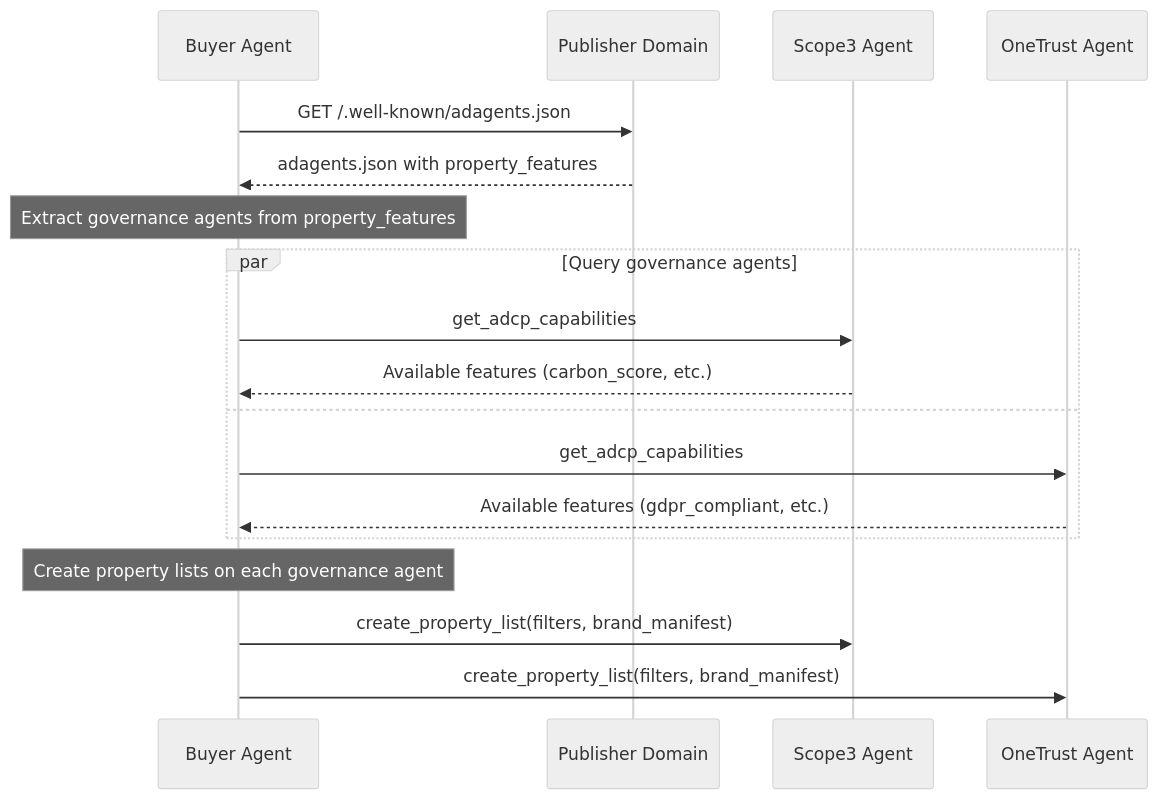
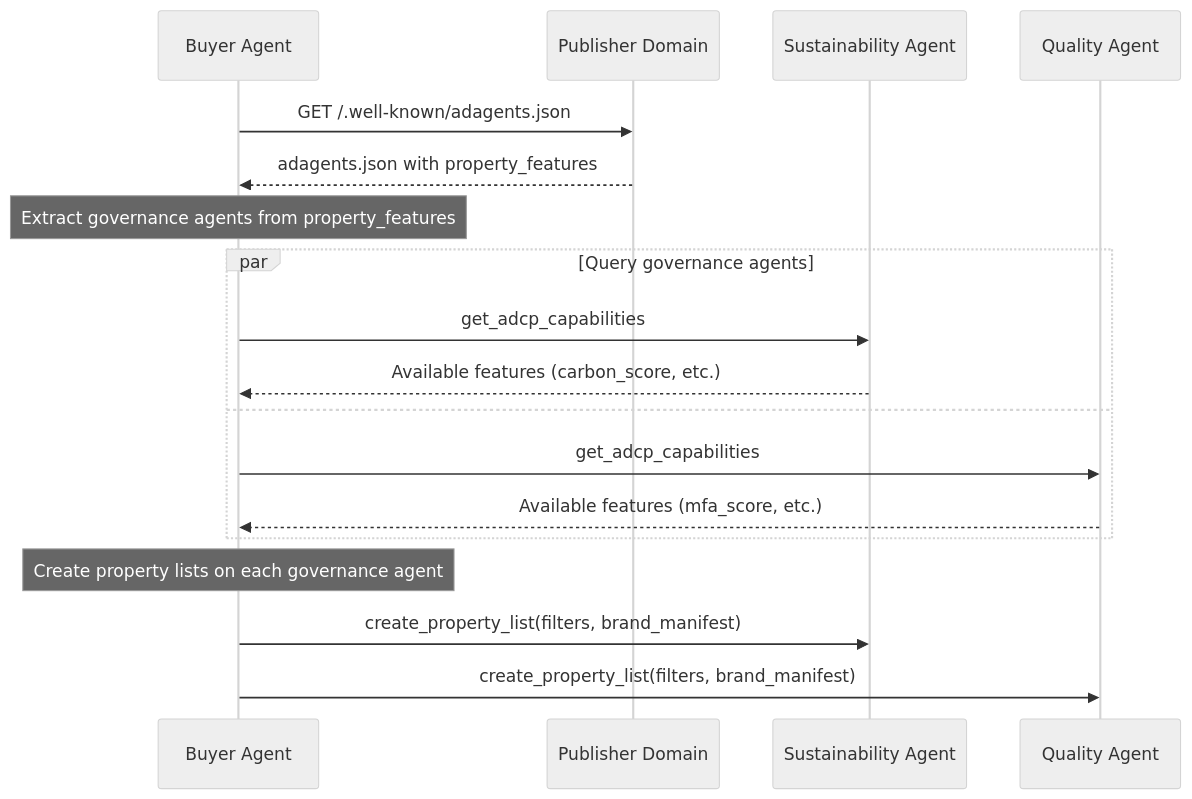
One commit to adcontextprotocol/adcp changed the diagram in docs/governance/property/adagents.mdx. Above: the diagram before and after it, drawn with Mermaid (neutral theme). The commit also changed other lines of this file and 21 other files, not shown here.

````diff
--- a/docs/governance/property/adagents.mdx
+++ b/docs/governance/property/adagents.mdx
@@ -545,25 +545,25 @@
 ```mermaid
 sequenceDiagram
     participant Buyer as Buyer Agent
     participant PubDomain as Publisher Domain
-    participant Scope3 as Scope3 Agent
-    participant OneTrust as OneTrust Agent
+    participant SustAgent as Sustainability Agent
+    participant QualAgent as Quality Agent
 
     Buyer->>PubDomain: GET /.well-known/adagents.json
     PubDomain-->>Buyer: adagents.json with property_features
 
     Note over Buyer: Extract governance agents from property_features
 
     par Query governance agents
-        Buyer->>Scope3: get_adcp_capabilities
-        Scope3-->>Buyer: Available features (carbon_score, etc.)
+        Buyer->>SustAgent: get_adcp_capabilities
+        SustAgent-->>Buyer: Available features (carbon_score, etc.)
     and
-        Buyer->>OneTrust: get_adcp_capabilities
-        OneTrust-->>Buyer: Available features (gdpr_compliant, etc.)
+        Buyer->>QualAgent: get_adcp_capabilities
+        QualAgent-->>Buyer: Available features (mfa_score, etc.)
     end
 
     Note over Buyer: Create property lists on each governance agent
 
-    Buyer->>Scope3: create_property_list(filters, brand_manifest)
-    Buyer->>OneTrust: create_property_list(filters, brand_manifest)
+    Buyer->>SustAgent: create_property_list(filters, brand_manifest)
+    Buyer->>QualAgent: create_property_list(filters, brand_manifest)
 ```
````
